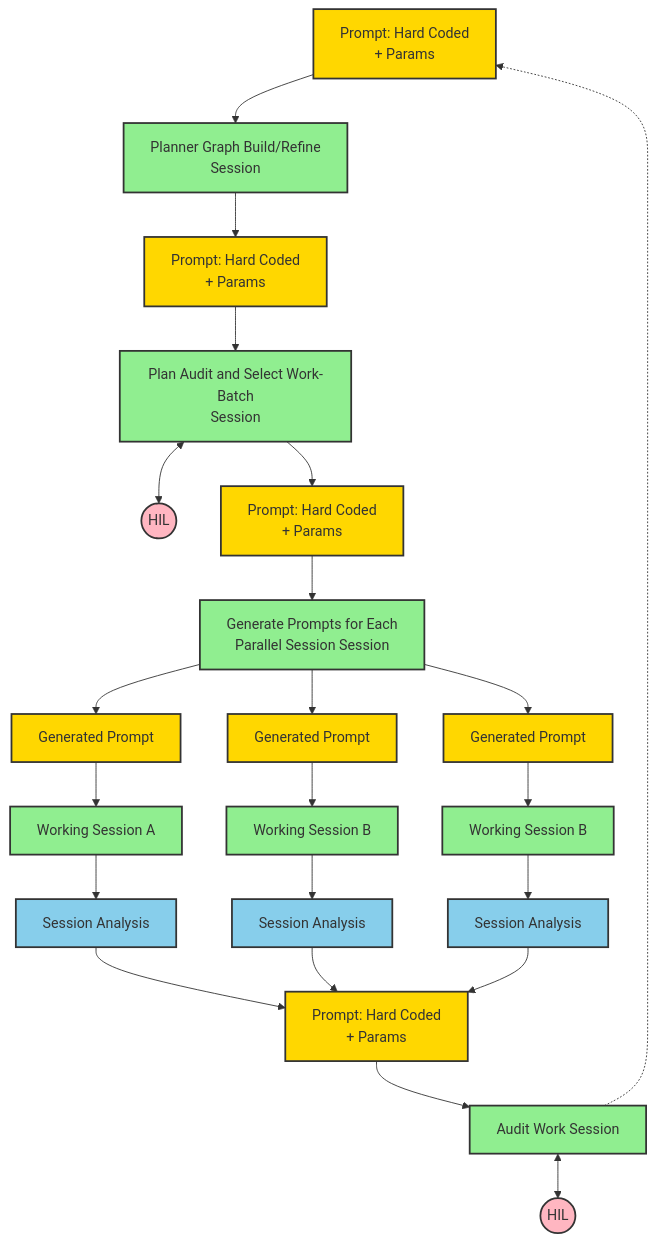
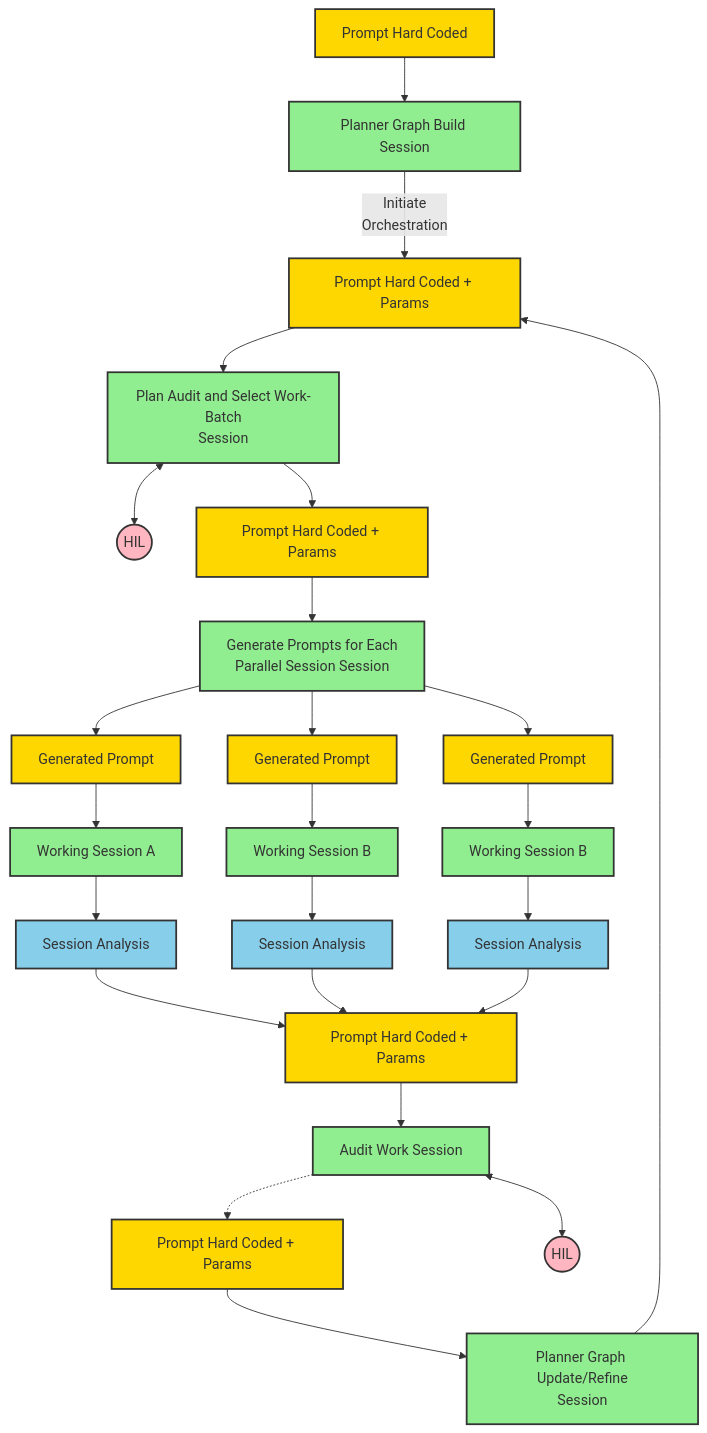
The diagram in docs/SCRIPT-PLAN-DIAGRAM.md (taylor-curran/migration-orchestration), drawn with Mermaid before and after one commit. The commit also changed 2 other files, not shown here.

Commit message:
prompt better

````diff
--- a/docs/SCRIPT-PLAN-DIAGRAM.md
+++ b/docs/SCRIPT-PLAN-DIAGRAM.md
@@ -1,67 +1,77 @@
 ```mermaid
 graph TD
     %% Style definitions
     classDef prompt fill:#FFD700,stroke:#333,stroke-width:2px
     classDef session fill:#90EE90,stroke:#333,stroke-width:2px
     classDef analysis fill:#87CEEB,stroke:#333,stroke-width:2px
     classDef human fill:#FFB6C1,stroke:#333,stroke-width:2px
     
-    %% Nodes
-    prompt1["Prompt: Hard Coded<br/>+ Params"]:::prompt
-    planner["Planner Graph Build/Refine<br/>Session"]:::session
-    prompt2["Prompt: Hard Coded<br/>+ Params"]:::prompt
+    %% Initial build phase
+    prompt0["Prompt Hard Coded"]:::prompt
+    buildSession["Planner Graph Build Session"]:::session
+    
+    %% Update/Refine phase
+    prompt1["Prompt Hard Coded + Params"]:::prompt
+    updateSession["Planner Graph Update/Refine<br/>Session"]:::session
+    
+    %% Plan audit phase
+    prompt2["Prompt Hard Coded + Params"]:::prompt
     audit["Plan Audit and Select Work-Batch<br/>Session"]:::session
     hil1((HIL)):::human
-    prompt3["Prompt: Hard Coded<br/>+ Params"]:::prompt
+    
+    %% Generate prompts phase
+    prompt3["Prompt Hard Coded + Params"]:::prompt
     generate["Generate Prompts for Each<br/>Parallel Session Session"]:::session
     
     %% Generated prompts
     genPrompt1["Generated Prompt"]:::prompt
     genPrompt2["Generated Prompt"]:::prompt
     genPrompt3["Generated Prompt"]:::prompt
     
     %% Working sessions
     workA["Working Session A"]:::session
     workB1["Working Session B"]:::session
     workB2["Working Session B"]:::session
     
     %% Session analyses
     analysisA["Session Analysis"]:::analysis
     analysisB1["Session Analysis"]:::analysis
     analysisB2["Session Analysis"]:::analysis
     
     %% Final audit
-    prompt4["Prompt: Hard Coded<br/>+ Params"]:::prompt
+    prompt4["Prompt Hard Coded + Params"]:::prompt
     finalAudit["Audit Work Session"]:::session
     hil2((HIL)):::human
     
     %% Connections
-    prompt1 --> planner
-    planner --> prompt2
+    prompt0 --> buildSession
+    buildSession -->|Initiate<br/>Orchestration| prompt2
+    prompt1 --> updateSession
+    updateSession --> prompt2
     prompt2 --> audit
     audit <--> hil1
     audit --> prompt3
     prompt3 --> generate
     
     generate --> genPrompt1
     generate --> genPrompt2
     generate --> genPrompt3
     
     genPrompt1 --> workA
     genPrompt2 --> workB1
     genPrompt3 --> workB2
     
     workA --> analysisA
     workB1 --> analysisB1
     workB2 --> analysisB2
     
     analysisA --> prompt4
     analysisB1 --> prompt4
     analysisB2 --> prompt4
     
     prompt4 --> finalAudit
     finalAudit <--> hil2
     
-    %% Loop back arrow from final audit to planner
+    %% Loop back arrow from final audit to update/refine
     finalAudit -.-> prompt1
 ```
````
